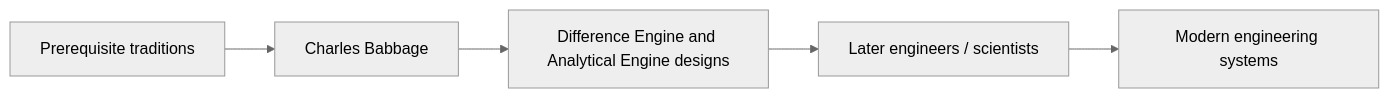
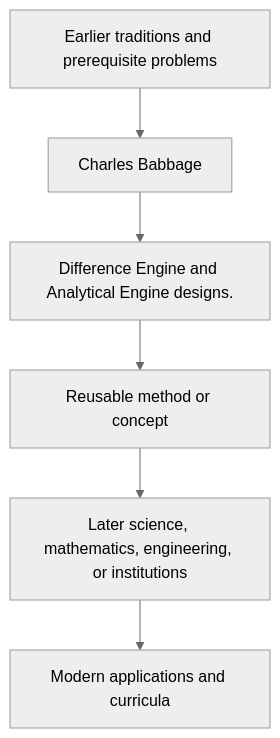
Before and after one commit to via-decide/ViaLogic: the diagram in docs/history/charles-babbage/influence.md, drawn with Mermaid (neutral theme). The commit also changed other lines of this file and 858 other files, not shown here.

````diff
--- a/docs/history/charles-babbage/influence.md
+++ b/docs/history/charles-babbage/influence.md
@@ -29,7 +16,8 @@
 ```mermaid
-graph LR
-  prerequisites["Prerequisite traditions"] --> current["Charles Babbage"]
-  current --> contribution["Difference Engine and Analytical Engine designs"]
-  contribution --> successors["Later engineers / scientists"]
-  successors --> modern["Modern engineering systems"]
+graph TD
+  Prior[Earlier traditions and prerequisite problems] --> Person[Charles Babbage]
+  Person --> Contribution[Difference Engine and Analytical Engine designs.]
+  Contribution --> Method[Reusable method or concept]
+  Method --> Later[Later science, mathematics, engineering, or institutions]
+  Later --> Modern[Modern applications and curricula]
 ```
````
